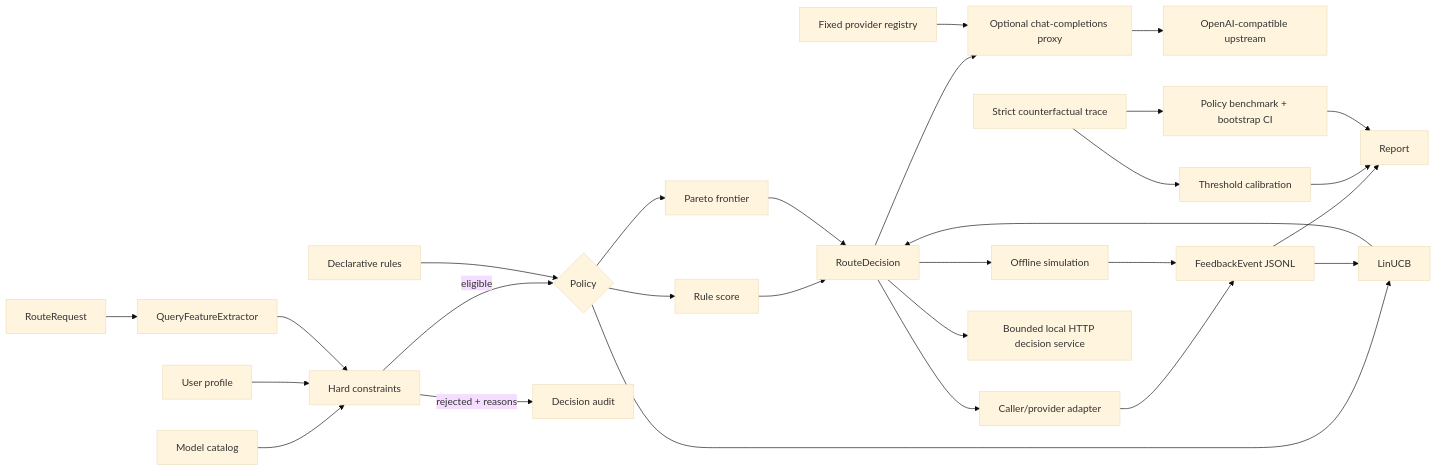
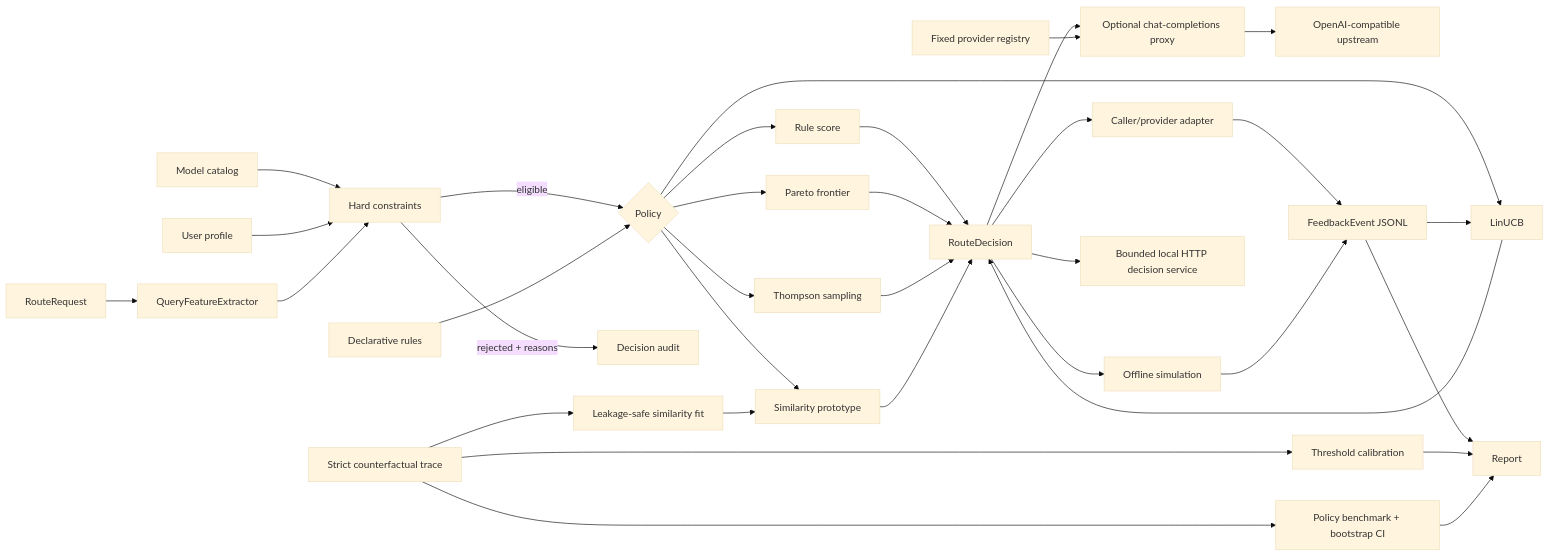
One commit to appleweiping/FacetRoute changed the diagram in README.md. Above: the diagram before and after it, drawn with Mermaid (base theme). The commit also changed other lines of this file and 35 other files, not shown here.

Commit message:
Add leakage-safe similarity routing and branch gate

````diff
--- a/README.md
+++ b/README.md
@@ -39,30 +39,36 @@
 ```mermaid
 flowchart LR
     Q[RouteRequest] --> F[QueryFeatureExtractor]
     C[Model catalog] --> H[Hard constraints]
     P[User profile] --> H
     F --> H
     H -->|eligible| S{Policy}
     H -->|rejected + reasons| X[Decision audit]
     R[Declarative rules] --> S
     S --> A[Rule score]
     S --> B[Pareto frontier]
     S --> U[LinUCB]
+    S --> TS[Thompson sampling]
+    S --> SI[Similarity prototype]
     A --> D[RouteDecision]
     B --> D
     U --> D
+    TS --> D
+    SI --> D
     D --> E[Offline simulation]
     D --> APP[Caller/provider adapter]
     D --> PX[Optional chat-completions proxy]
     REG[Fixed provider registry] --> PX
     PX --> UP[OpenAI-compatible upstream]
     APP --> FB[FeedbackEvent JSONL]
     E --> FB
     FB --> U
     FB --> REP[Report]
     T[Strict counterfactual trace] --> CAL[Threshold calibration]
+    T --> FIT[Leakage-safe similarity fit]
+    FIT --> SI
     T --> BENCH[Policy benchmark + bootstrap CI]
     CAL --> REP
     BENCH --> REP
     D --> HTTP[Bounded local HTTP decision service]
 ```
````
